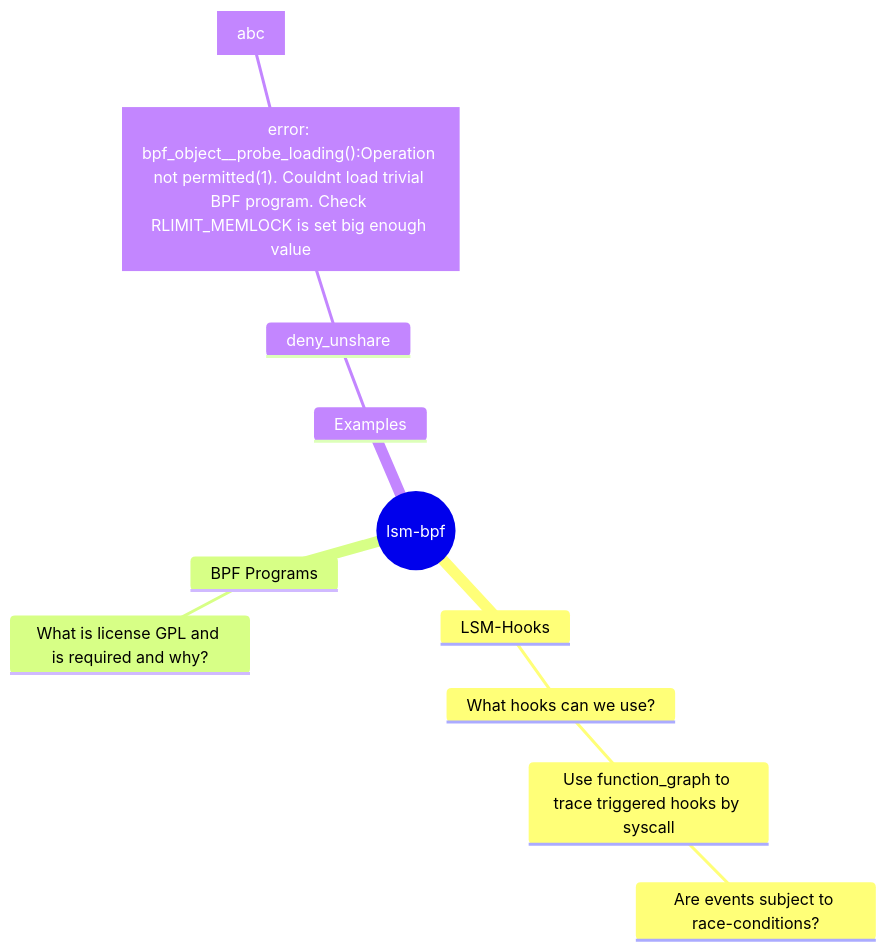
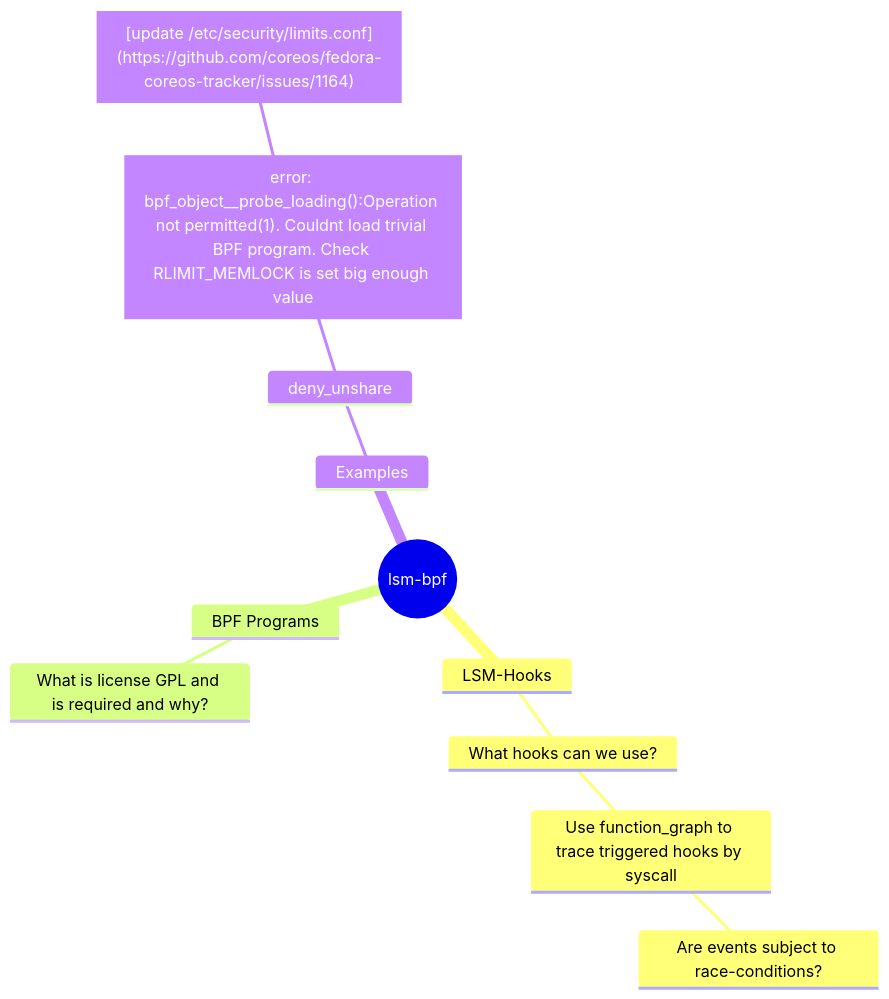
Before and after one commit to Turbodunker/lsm-bpf: the diagram in Questions:.md, drawn with Mermaid.

Commit message:
Updated Questions: (markdown)

````diff
--- a/Questions:.md
+++ b/Questions:.md
@@ -6,15 +6,15 @@
 ``` mermaid
     mindmap
         root((lsm-bpf))
             LSM-Hooks
                 What hooks can we use?
                     Use function_graph to trace triggered hooks by syscall
                         Are events subject to race-conditions?
             BPF Programs
                 What is license GPL and is required and why?
             Examples
                 deny_unshare
                     id1["error: bpf_object__probe_loading():Operation not permitted(1). Couldnt load trivial BPF program. Check RLIMIT_MEMLOCK is set big enough value"]
-                        attempt1:["abc"]
+                        attempt1:["[update /etc/security/limits.conf](https://github.com/coreos/fedora-coreos-tracker/issues/1164)"]
 
 ```
````
